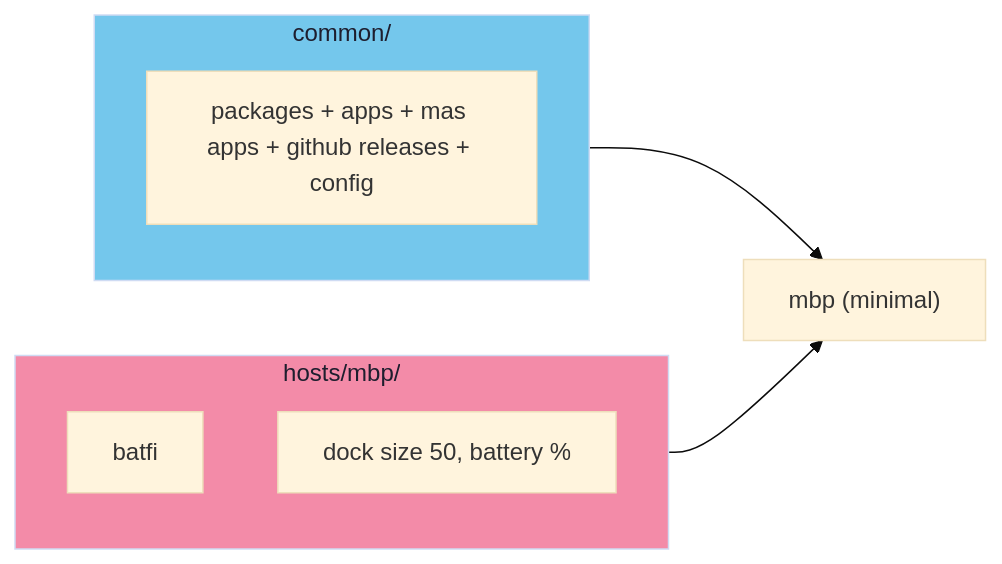
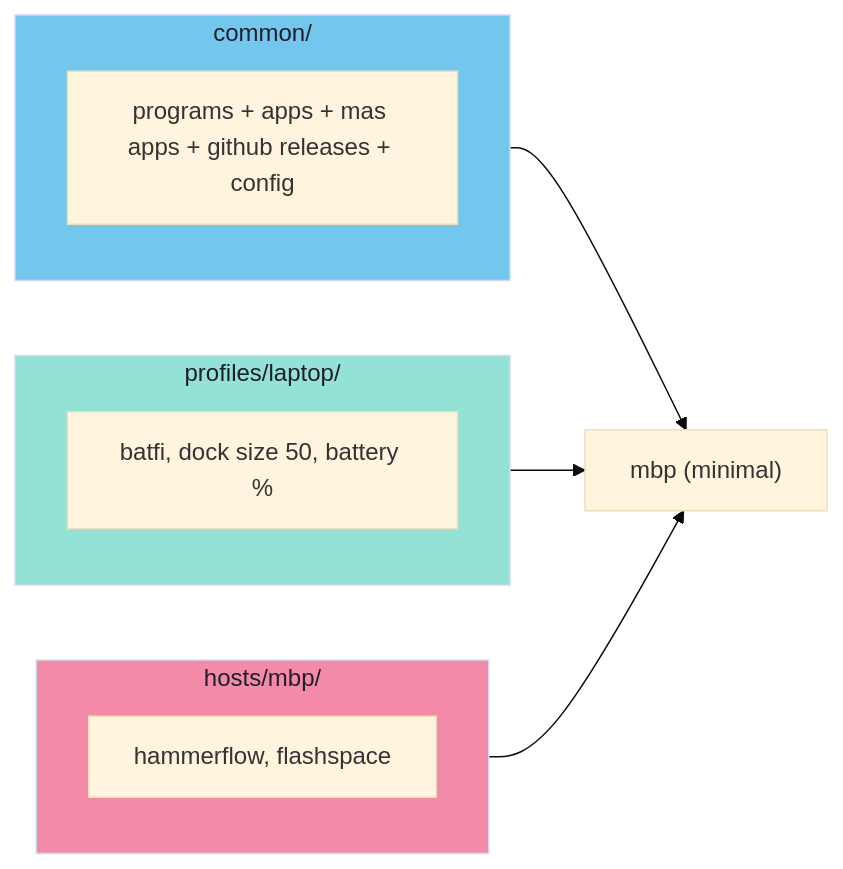
Before and after one commit to milhamh95/nix-config: the fourth of 5 diagrams in docs/architecture.md, drawn with Mermaid (base theme). The commit also changed other lines of this file and 5 other files, not shown here.

First line of the commit message:
fix: remove duplicate packages, fix mise config, update docs

````diff
--- a/docs/architecture.md
+++ b/docs/architecture.md
@@ -421,19 +441,24 @@
 ```mermaid
 flowchart LR
     subgraph common["common/"]
-        c["packages + apps + mas apps + github releases + config"]
+        c["programs + apps + mas apps + github releases + config"]
+    end
+
+    subgraph laptop["profiles/laptop/"]
+        lp["batfi, dock size 50, battery %"]
     end
 
     subgraph host["hosts/mbp/"]
-        h["batfi"]
-        h_sys["dock size 50, battery %"]
+        h["hammerflow, flashspace"]
     end
 
     result["mbp (minimal)"]
 
     common --> result
+    laptop --> result
     host --> result
 
     style common fill:#74c7ec,color:#1e1e2e
+    style laptop fill:#94e2d5,color:#1e1e2e
     style host fill:#f38ba8,color:#1e1e2e
 ```
````
